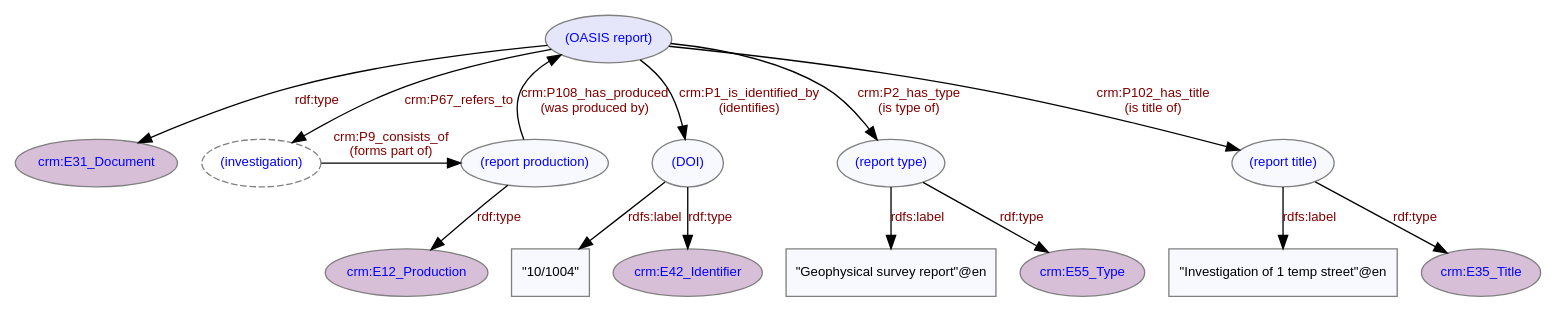
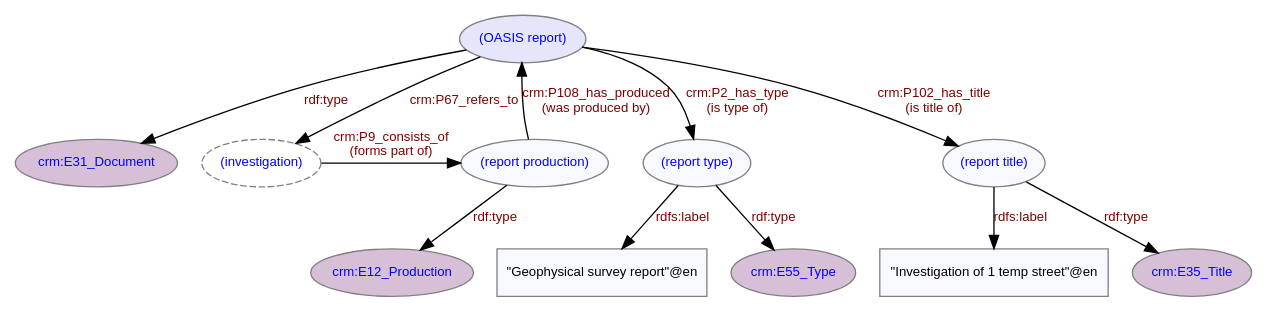
One commit to cbinding/LD4HE changed the diagram in diagrams/ld4he-oasis-report.dot. Above: the diagram before and after it, drawn with Graphviz. The commit also changed 66 other files, not shown here.

```diff
--- a/diagrams/ld4he-oasis-report.dot
+++ b/diagrams/ld4he-oasis-report.dot
@@ -1,31 +1,26 @@
 digraph {
    // label = "OASIS Report";
    // labelloc = "t";
-   node [fontcolor=blue, fontsize=10, fontname=Arial, style=filled, fillcolor=ghostwhite, color=gray];
+   node [color=gray, fontcolor=blue, fontsize=10, fontname=Arial, style=filled, fillcolor=ghostwhite, color=gray];
    edge [color=black, fontcolor=maroon, fontsize=10, fontname=Arial ];   
    "crm:E31_Document" [fillcolor=thistle, target="crm", URL="http://www.cidoc-crm.org/cidoc-crm/E31_Document"];
-   "crm:E35_Title" [fillcolor=thistle, target="crm", URL="http://www.cidoc-crm.org/cidoc-crm/E35_Title"];
-   "crm:E42_Identifier" [fillcolor=thistle, target="crm", URL="http://www.cidoc-crm.org/cidoc-crm/E42_Identifier"];
+   "crm:E35_Title" [fillcolor=thistle, target="crm", URL="http://www.cidoc-crm.org/cidoc-crm/E35_Title"];   
    "crm:E55_Type" [fillcolor=thistle, target="crm", URL="http://www.cidoc-crm.org/cidoc-crm/E55_Type"]
    "crm:E12_Production" [fillcolor=thistle, target="crm", URL="http://www.cidoc-crm.org/cidoc-crm/E12_Production"];
    {rank = same; "(report production)"; "(investigation)";}
    "(report production)" -> "crm:E12_Production" [label="rdf:type", labelURL="http://www.w3.org/1999/02/22-rdf-syntax-ns#type"];
    "(investigation)" -> "(report production)" [label="crm:P9_consists_of\n(forms part of)", labelURL="http://www.cidoc-crm.org/cidoc-crm/P9_consists_of"]; 
    "(report production)" -> "(OASIS report)" [label="crm:P108_has_produced\n(was produced by)", labelURL="http://www.cidoc-crm.org/cidoc-crm/P108_has_produced"];
    "(OASIS report)" -> "(investigation)" [label="crm:P67_refers_to", labelURL="http://www.cidoc-crm.org/cidoc-crm/P67_refers_to"];    
    "(OASIS report)" [fillcolor=lavender];
    "(OASIS report)" -> "crm:E31_Document" [label="rdf:type", labelURL="http://www.w3.org/1999/02/22-rdf-syntax-ns#type"];
-   "(investigation)" [style=dashed];
-   "(OASIS report)" -> "(DOI)" [label="crm:P1_is_identified_by\n(identifies)", labelURL="http://www.cidoc-crm.org/cidoc-crm/P1_is_identified_by"];
-   "(DOI)" -> "crm:E42_Identifier" [label="rdf:type", labelURL="http://www.w3.org/1999/02/22-rdf-syntax-ns#type"];
-   "(DOI)" -> "\"10/1004\"" [label="rdfs:label", labelURL="http://www.w3.org/2000/01/rdf-schema#label"];
-   "\"10/1004\"" [shape=box, fontcolor=black];  
+   "(investigation)" [style=dashed];   
    "(OASIS report)" -> "(report type)" [label="crm:P2_has_type\n(is type of)", labelURL="http://www.cidoc-crm.org/cidoc-crm/P2_has_type"];
    "(report type)" -> "crm:E55_Type" [label="rdf:type", labelURL="http://www.w3.org/1999/02/22-rdf-syntax-ns#type"];
    "(report type)" -> "\"Geophysical survey report\"@en" [label="rdfs:label", labelURL="http://www.w3.org/2000/01/rdf-schema#label"];  
    "\"Geophysical survey report\"@en" [shape=box, fontcolor=black];  
    "(OASIS report)" -> "(report title)" [label="crm:P102_has_title\n(is title of)", labelURL="http://www.cidoc-crm.org/cidoc-crm/P102_has_title"];
    "(report title)" -> "crm:E35_Title" [label="rdf:type", labelURL="http://www.w3.org/1999/02/22-rdf-syntax-ns#type"];
    "(report title)" -> "\"Investigation of 1 temp street\"@en" [label="rdfs:label", labelURL="http://www.w3.org/2000/01/rdf-schema#label"];  
    "\"Investigation of 1 temp street\"@en" [shape=box, fontcolor=black];  
  }
```
